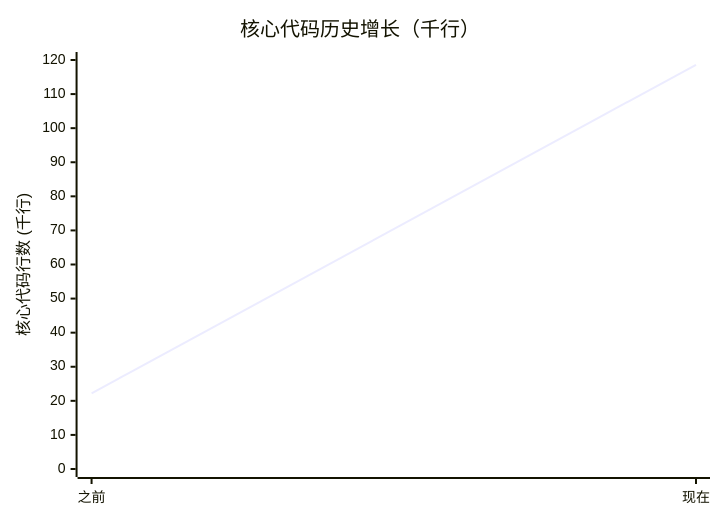
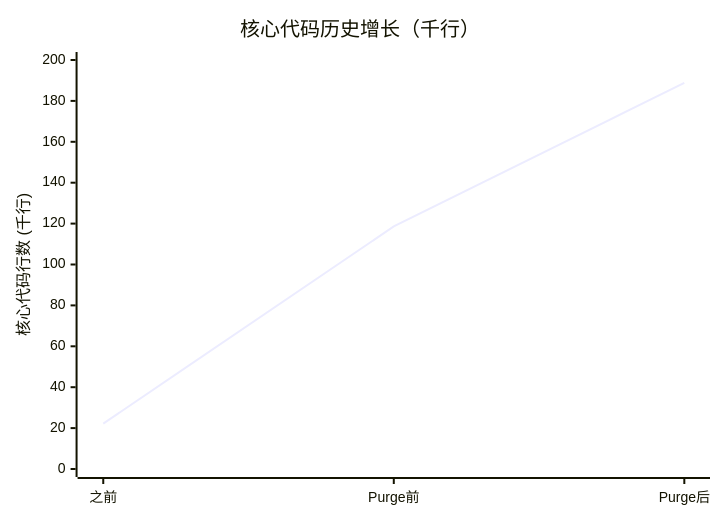
Before and after one commit to esir-nus/smart-sales-main: the sixth of 10 diagrams in PRODUCTION_CODE_ESTIMATE.md, drawn with Mermaid. The commit also changed other lines of this file, not shown here.

````diff
--- a/PRODUCTION_CODE_ESTIMATE.md
+++ b/PRODUCTION_CODE_ESTIMATE.md
@@ -432,7 +430,7 @@
 ```mermaid
 xychart-beta
     title "核心代码历史增长（千行）"
-    x-axis ["之前", "现在"]
-    y-axis "核心代码行数 (千行)" 0 --> 120
-    line [22.2, 118.6]
+    x-axis ["之前", "Purge前", "Purge后"]
+    y-axis "核心代码行数 (千行)" 0 --> 200
+    line [22.2, 118.6, 188.8]
 ```
````
